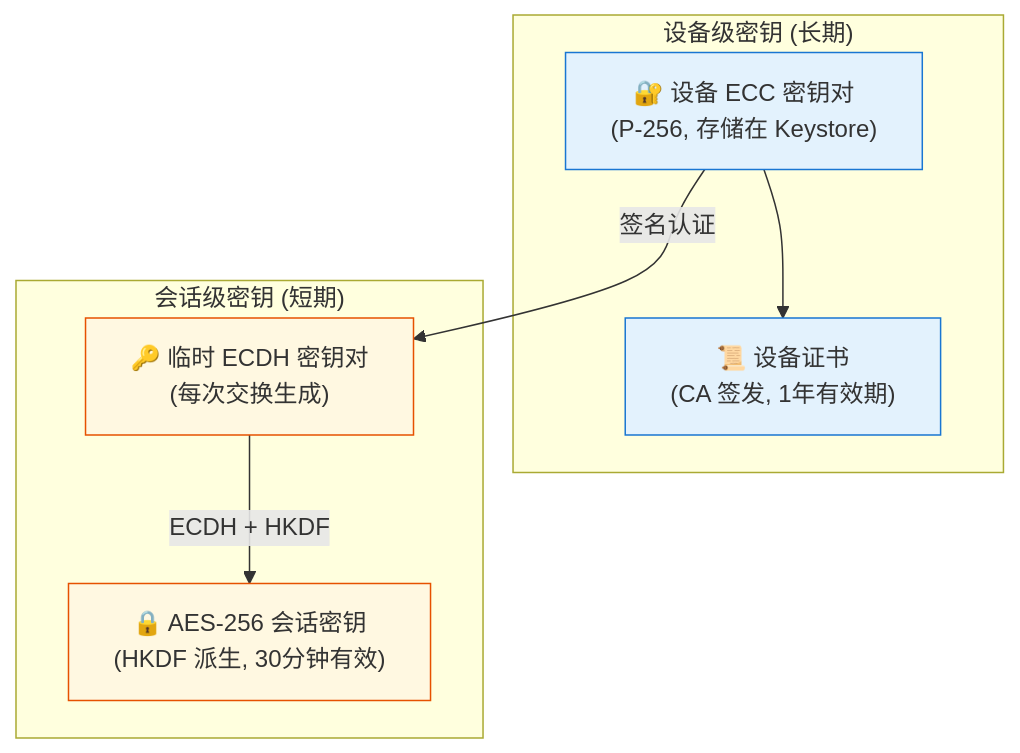
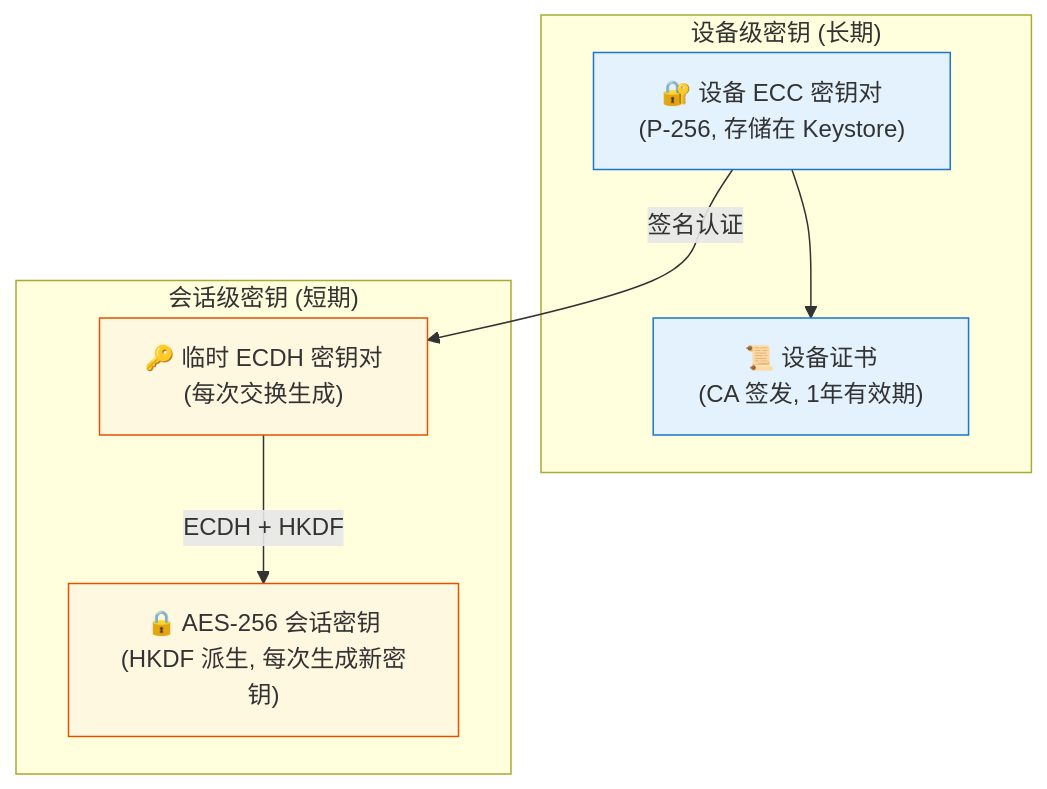
Before and after one commit to kevinwangl/sunbay-softpos-docs: diagram 14 of 21 in solution/MPOC_SDK_API_GUIDE.md, drawn with Mermaid. The commit also changed other lines of this file, not shown here.

````diff
--- a/solution/MPOC_SDK_API_GUIDE.md
+++ b/solution/MPOC_SDK_API_GUIDE.md
@@ -1324,21 +1177,21 @@
 ```mermaid
 graph TB
     subgraph "设备级密钥 (长期)"
         DevKey["🔐 设备 ECC 密钥对<br/>(P-256, 存储在 Keystore)"]
         DevCert["📜 设备证书<br/>(CA 签发, 1年有效期)"]
     end
     
     subgraph "会话级密钥 (短期)"
         EphKey["🔑 临时 ECDH 密钥对<br/>(每次交换生成)"]
-        SessionKey["🔒 AES-256 会话密钥<br/>(HKDF 派生, 30分钟有效)"]
+        SessionKey["🔒 AES-256 会话密钥<br/>(HKDF 派生, 每次生成新密钥)"]
     end
     
     DevKey --> DevCert
     DevKey -->|签名认证| EphKey
     EphKey -->|ECDH + HKDF| SessionKey
     
     style DevKey fill:#e3f2fd,stroke:#1976d2
     style DevCert fill:#e3f2fd,stroke:#1976d2
     style EphKey fill:#fff8e1,stroke:#e65100
     style SessionKey fill:#fff8e1,stroke:#e65100
 ```
````
